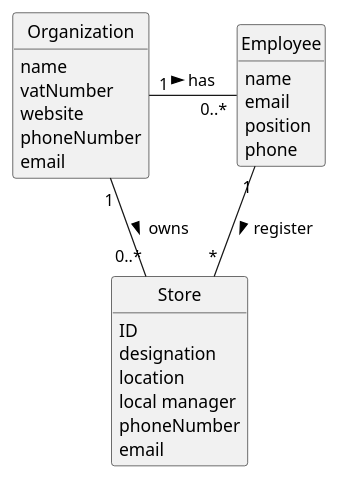
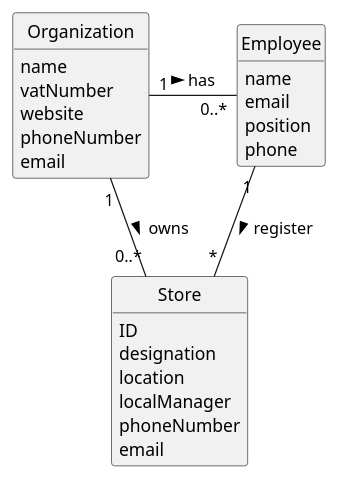
The diagram in docs/sprintA/us005/02.analysis/puml/us005-domain-model.puml (rita-barbosa/LAPR2-2223), drawn with PlantUML before and after one commit. The commit also changed 2 other files, not shown here.

Commit message:
Update US005 domain model system sequence diagram

```diff
--- a/docs/sprintA/us005/02.analysis/puml/us005-domain-model.puml
+++ b/docs/sprintA/us005/02.analysis/puml/us005-domain-model.puml
@@ -1,44 +1,44 @@
 @startuml
 skinparam monochrome true
 skinparam packageStyle rectangle
 skinparam shadowing false
 
 'left to right direction
 
 skinparam classAttributeIconSize 0
 
 hide circle
 hide methods
 
 
 class Organization {
     name
     vatNumber
     website
     phoneNumber
     email
 }
 
 class Store {
     ID
     designation
     location
-    local manager
+    localManager
     phoneNumber
     email
 
 }
 
 class Employee {
     name
     email
     position
     phone
 }
 
 
 Organization "1" - "0..*" Employee : has >
 Organization "1" - "0..*" Store: owns >
 Employee "1" -- "*" Store : register >
 
 @enduml
```
